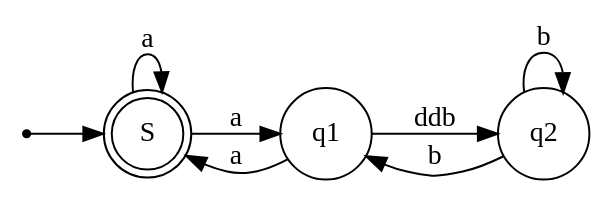
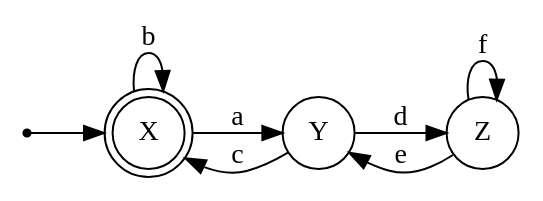
Before and after one commit to brinkqiang/brinkqiang.github.io: the diagram in _posts/2019-02-25-graphviz.md, drawn with Graphviz.

````diff
--- a/_posts/2019-02-25-graphviz.md
+++ b/_posts/2019-02-25-graphviz.md
@@ -9,18 +9,18 @@
 ```graphviz
 digraph finite_state_machine {
     rankdir=LR;
     size="8,5"
 
-    node [shape = doublecircle]; S;
-    node [shape = point ]; qi
+    node [shape = doublecircle]; X;
+    node [shape = point ]; A
 
     node [shape = circle];
-    qi -> S;
-    S  -> q1 [ label = "a" ];
-    S  -> S  [ label = "a" ];
-    q1 -> S  [ label = "a" ];
-    q1 -> q2 [ label = "ddb" ];
-    q2 -> q1 [ label = "b" ];
-    q2 -> q2 [ label = "b" ];
+    A -> X;
+    X  -> Y [ label = "a" ];
+    X  -> X  [ label = "b" ];
+    Y -> X  [ label = "c" ];
+    Y -> Z [ label = "d" ];
+    Z -> Y [ label = "e" ];
+    Z -> Z [ label = "f" ];
 }
 ```
````
